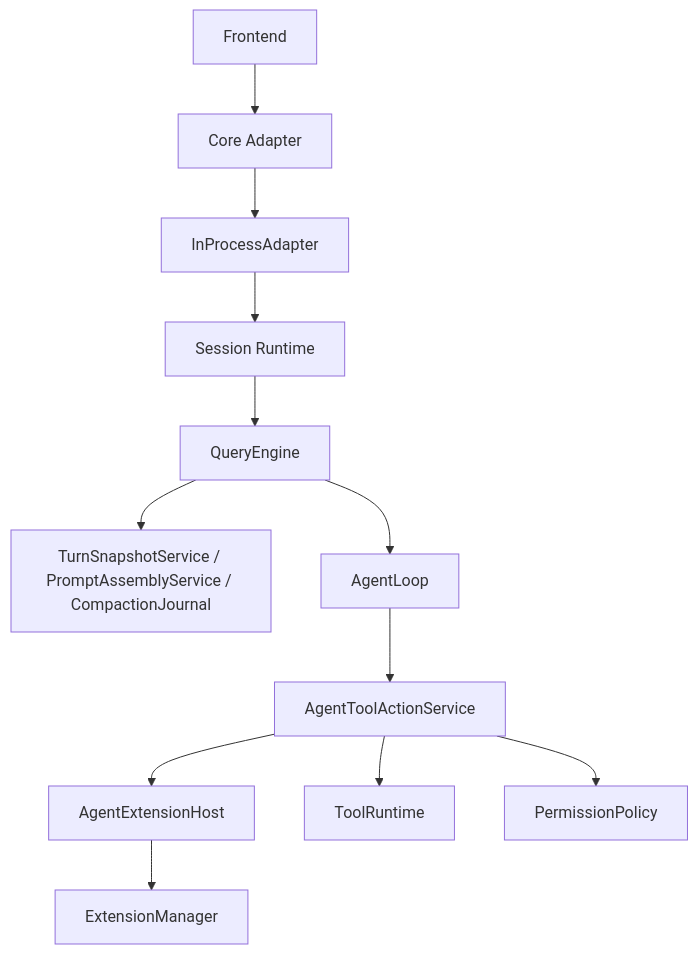
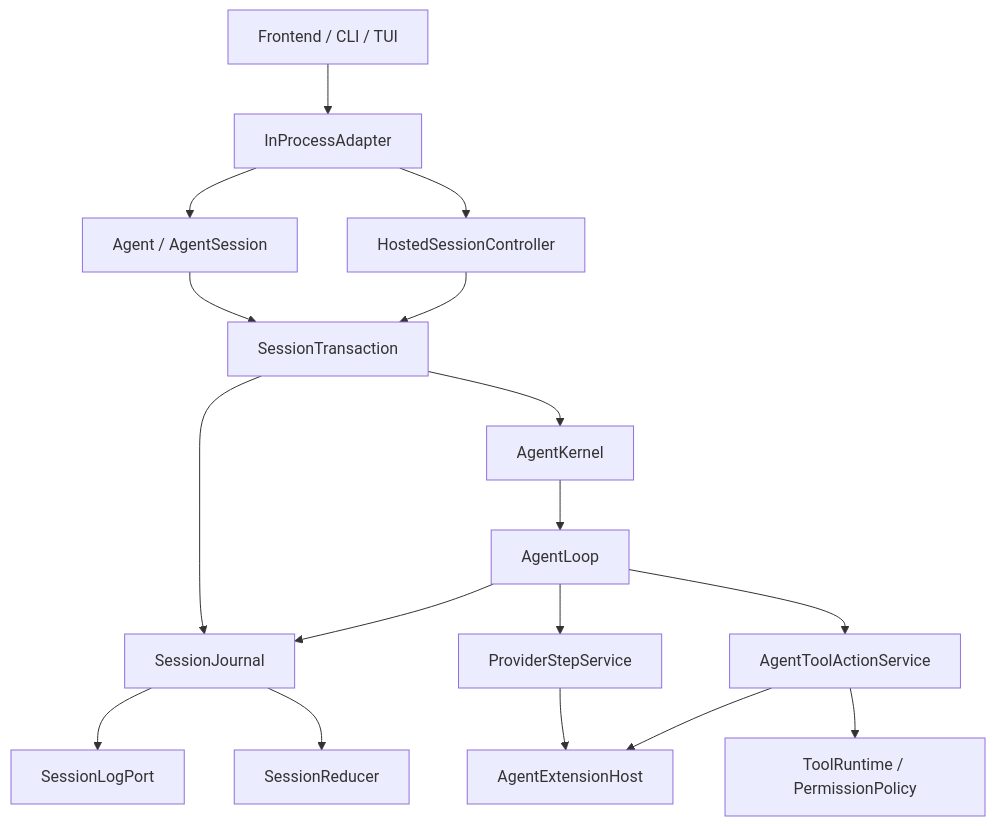
Before and after one commit to czh869452912/ccode-win7: the diagram in docs/modules/agent-core.md, drawn with Mermaid. The commit also changed other lines of this file and 19 other files, not shown here.

Commit message:
docs: close minimal agent core convergence

````diff
--- a/docs/modules/agent-core.md
+++ b/docs/modules/agent-core.md
@@ -67,14 +61,19 @@
 ```mermaid
 flowchart TD
-    A["Frontend"] --> B["Core Adapter"]
-    B --> C["InProcessAdapter"]
-    C --> D["Session Runtime"]
-    D --> E["QueryEngine"]
-    E --> X["TurnSnapshotService / PromptAssemblyService / CompactionJournal"]
-    E --> F["AgentLoop"]
-    F --> G["AgentToolActionService"]
-    G --> H["AgentExtensionHost"]
-    G --> I["ToolRuntime"]
-    G --> J["PermissionPolicy"]
-    H --> K["ExtensionManager"]
+    A["Frontend / CLI / TUI"] --> B["InProcessAdapter"]
+    B --> C["Agent / AgentSession"]
+    C --> D["SessionTransaction"]
+    D --> E["SessionJournal"]
+    E --> F["SessionLogPort"]
+    E --> G["SessionReducer"]
+    D --> H["AgentKernel"]
+    H --> I["AgentLoop"]
+    I --> E
+    I --> J["ProviderStepService"]
+    I --> K["AgentToolActionService"]
+    J --> L["AgentExtensionHost"]
+    K --> L
+    K --> M["ToolRuntime / PermissionPolicy"]
+    B --> N["HostedSessionController"]
+    N --> D
 ```
````
